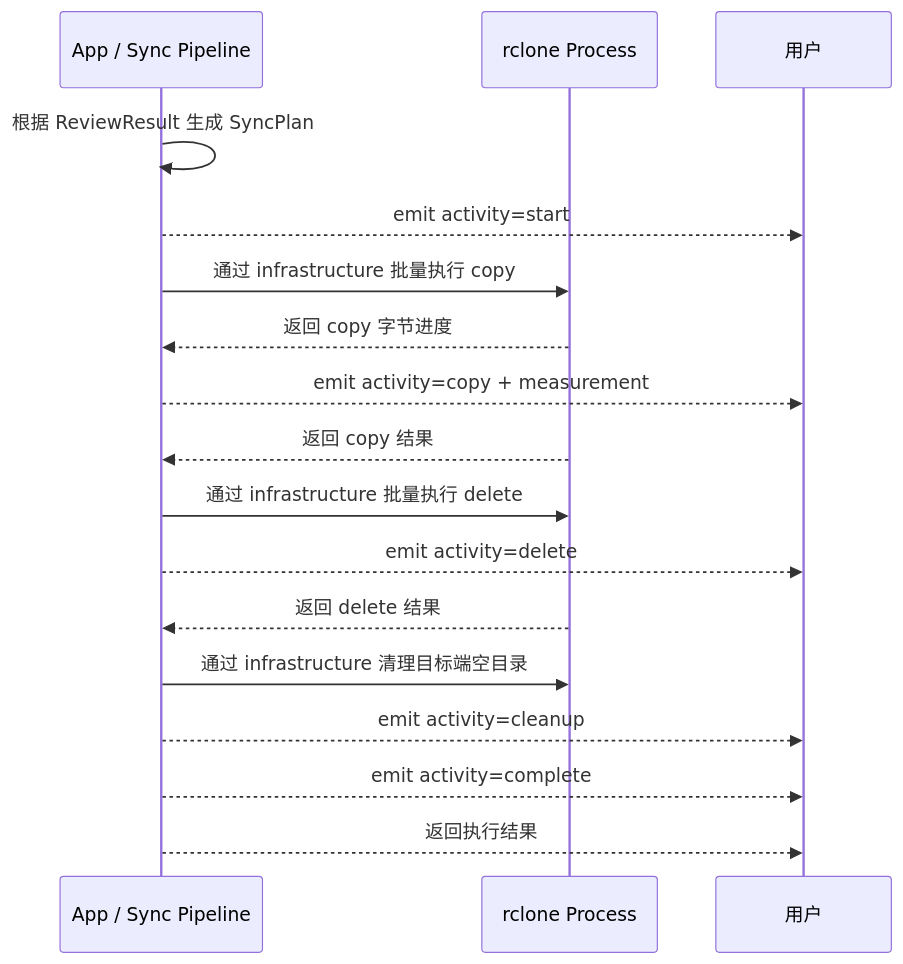
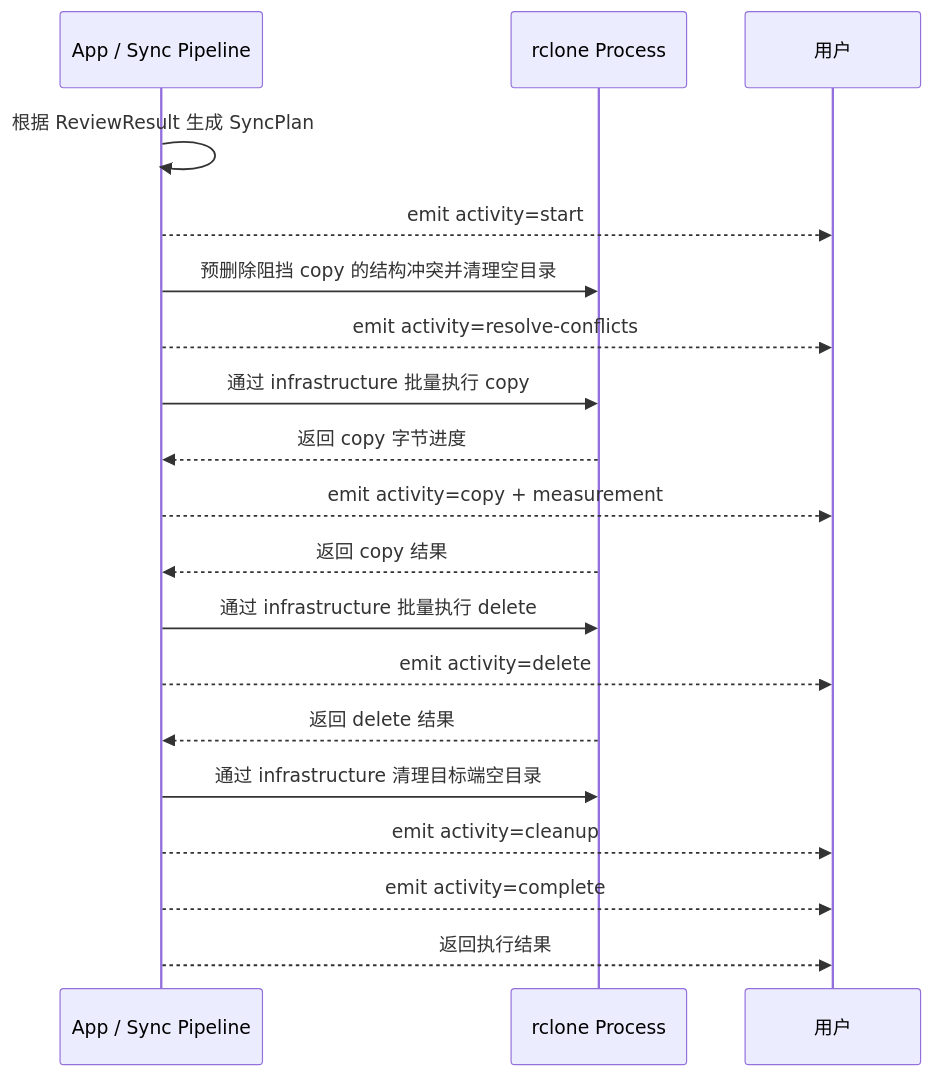
The ninth of 15 diagrams in docs/Flows.md (agalloch21/sync-with-rclone), drawn with Mermaid before and after one commit. The commit also changed other lines of this file and 20 other files, not shown here.

````diff
--- a/docs/Flows.md
+++ b/docs/Flows.md
@@ -235,20 +235,22 @@
 ```mermaid
 sequenceDiagram
   participant A as App / Sync Pipeline
   participant RC as rclone Process
   participant U as 用户
 
   A->>A: 根据 ReviewResult 生成 SyncPlan
   A-->>U: emit activity=start
+  A->>RC: 预删除阻挡 copy 的结构冲突并清理空目录
+  A-->>U: emit activity=resolve-conflicts
   A->>RC: 通过 infrastructure 批量执行 copy
   RC-->>A: 返回 copy 字节进度
   A-->>U: emit activity=copy + measurement
   RC-->>A: 返回 copy 结果
   A->>RC: 通过 infrastructure 批量执行 delete
   A-->>U: emit activity=delete
   RC-->>A: 返回 delete 结果
   A->>RC: 通过 infrastructure 清理目标端空目录
   A-->>U: emit activity=cleanup
   A-->>U: emit activity=complete
   A-->>U: 返回执行结果
 ```
````
